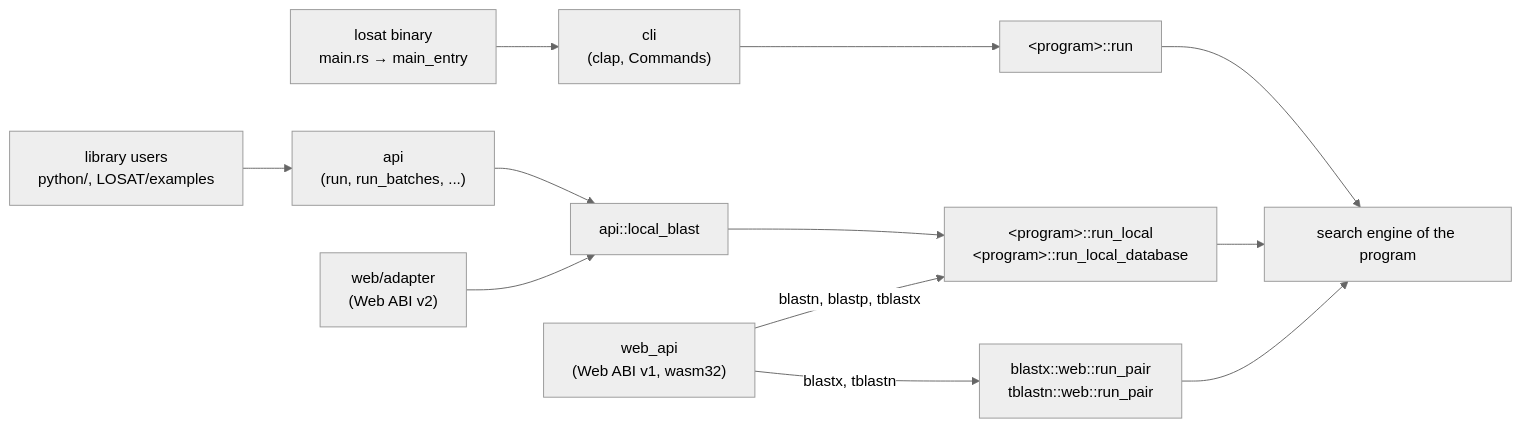
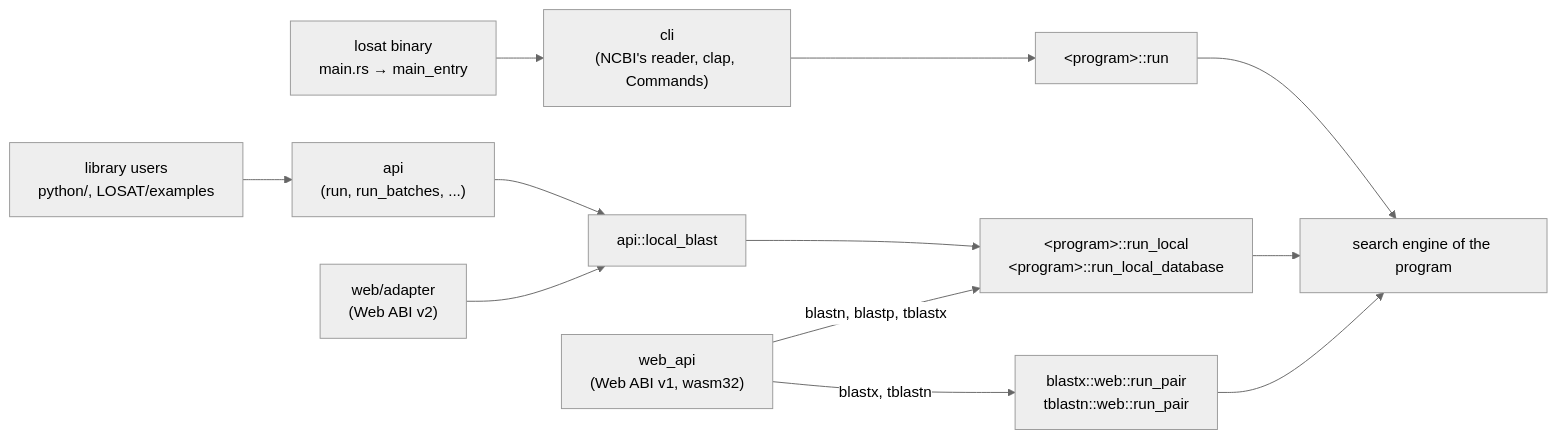
One commit to satoshikawato/LOSAT changed the first of 4 diagrams in docs/architecture/engine.md. Above: the diagram before and after it, drawn with Mermaid (neutral theme). The commit also changed other lines of this file and 25 other files, not shown here.

Commit message:
K4i-2b: Web app reads NCBI's posts; documents, records and bioconda follow the reader

````diff
--- a/docs/architecture/engine.md
+++ b/docs/architecture/engine.md
@@ -36,14 +36,14 @@
 ```mermaid
 flowchart LR
-  bin["losat binary<br/>main.rs → main_entry"] --> cli["cli<br/>(clap, Commands)"]
+  bin["losat binary<br/>main.rs → main_entry"] --> cli["cli<br/>(NCBI's reader, clap, Commands)"]
   cli --> run["&lt;program&gt;::run"]
   lib["library users<br/>python/, LOSAT/examples"] --> api["api<br/>(run, run_batches, ...)"]
   api --> lb["api::local_blast"]
   adapter["web/adapter<br/>(Web ABI v2)"] --> lb
   webapi["web_api<br/>(Web ABI v1, wasm32)"] -->|"blastn, blastp, tblastx"| local
   webapi -->|"blastx, tblastn"| pair["blastx::web::run_pair<br/>tblastn::web::run_pair"]
   pair --> engine
   lb --> local["&lt;program&gt;::run_local<br/>&lt;program&gt;::run_local_database"]
   run --> engine["search engine of the program"]
   local --> engine
 ```
````
